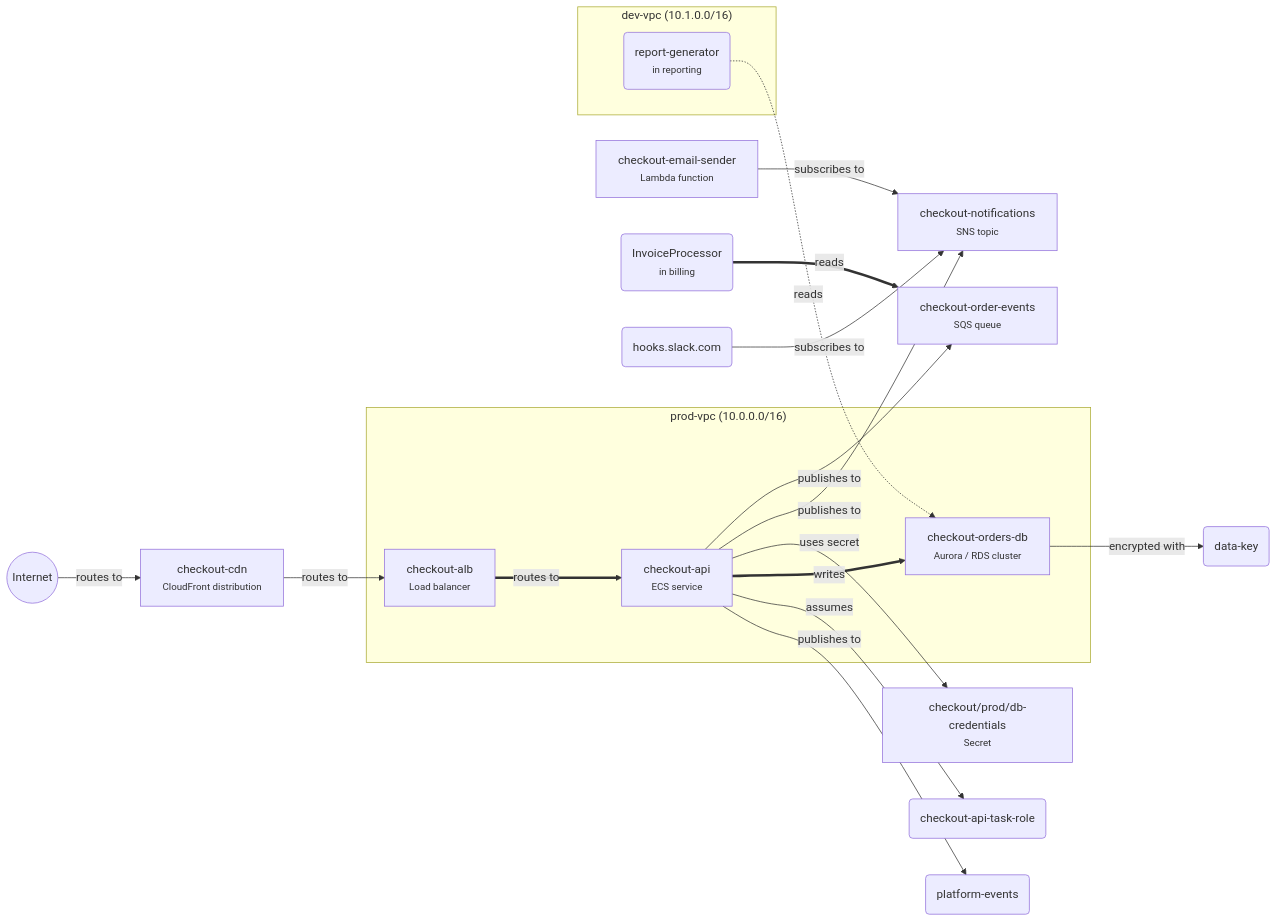
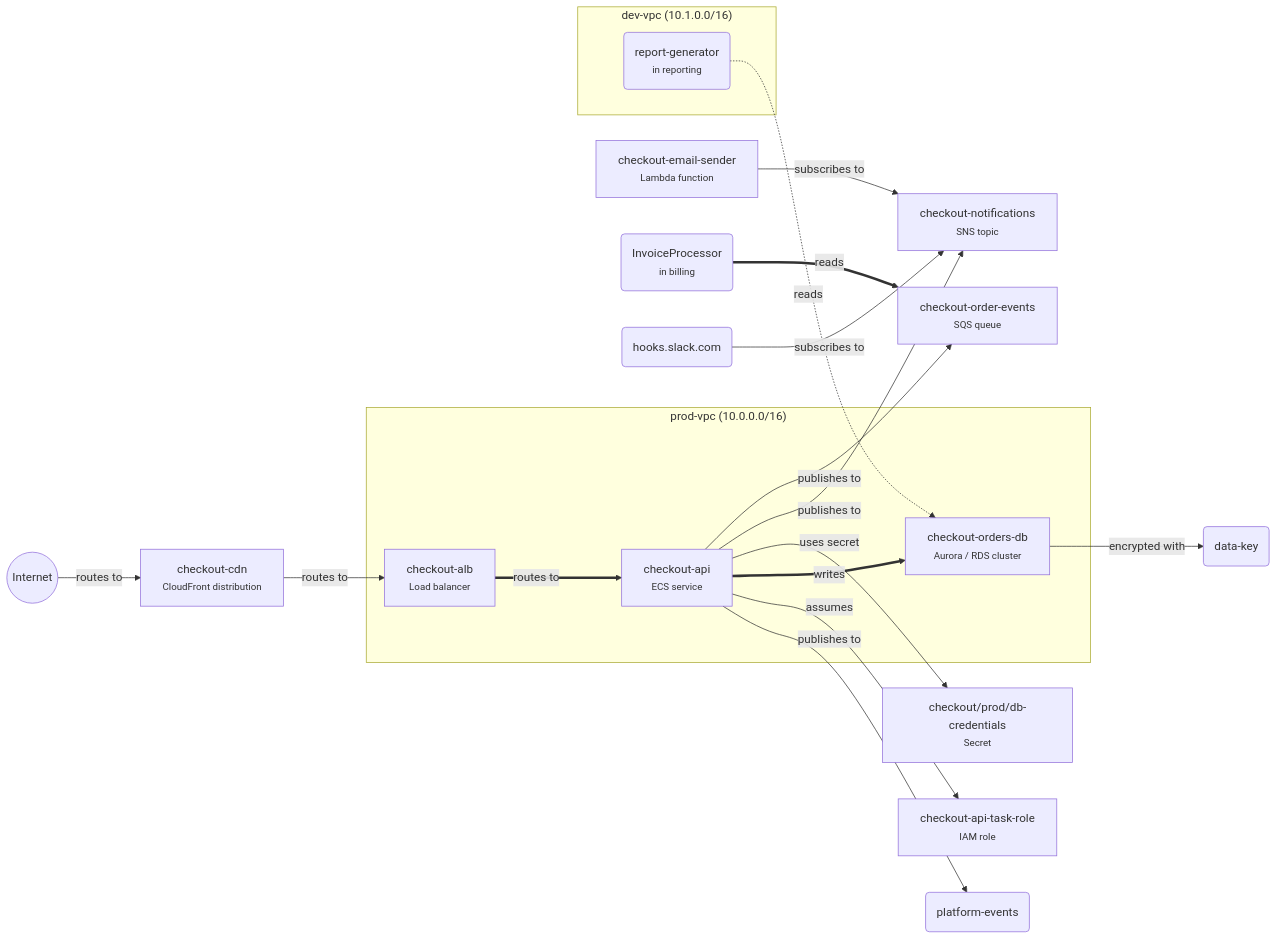
Before and after one commit to gonzaloan/sprawlr: the first of 2 diagrams in examples/demo-architecture/apps/checkout.md, drawn with Mermaid. The commit also changed other lines of this file and 123 other files, not shown here.

````diff
--- a/examples/demo-architecture/apps/checkout.md
+++ b/examples/demo-architecture/apps/checkout.md
@@ -16,36 +16,36 @@
 ```mermaid
 flowchart LR
   n1["checkout-cdn<br/><small>CloudFront distribution</small>"]
   n3["checkout-email-sender<br/><small>Lambda function</small>"]
   n4["checkout-notifications<br/><small>SNS topic</small>"]
   n5["checkout-order-events<br/><small>SQS queue</small>"]
-  n7["checkout/prod/db-credentials<br/><small>Secret</small>"]
-  n8("platform-events")
-  n9("checkout-api-task-role")
+  n7["checkout-api-task-role<br/><small>IAM role</small>"]
+  n8["checkout/prod/db-credentials<br/><small>Secret</small>"]
+  n9("platform-events")
   n10("InvoiceProcessor<br/><small>in billing</small>")
   n12("data-key")
   n13("hooks.slack.com")
   n14(("Internet"))
   subgraph vpc1["prod-vpc (10.0.0.0/16)"]
     n0["checkout-alb<br/><small>Load balancer</small>"]
     n2["checkout-api<br/><small>ECS service</small>"]
     n6["checkout-orders-db<br/><small>Aurora / RDS cluster</small>"]
   end
   subgraph vpc2["dev-vpc (10.1.0.0/16)"]
     n11("report-generator<br/><small>in reporting</small>")
   end
   n1 -->|routes to| n0
-  n2 -->|publishes to| n8
-  n2 -->|assumes| n9
+  n2 -->|publishes to| n9
+  n2 -->|assumes| n7
   n2 ==>|writes| n6
-  n2 -->|uses secret| n7
+  n2 -->|uses secret| n8
   n2 -->|publishes to| n4
   n2 -->|publishes to| n5
   n0 ==>|routes to| n2
   n10 ==>|reads| n5
   n3 -->|subscribes to| n4
   n11 -.->|reads| n6
   n6 -->|encrypted with| n12
   n13 -->|subscribes to| n4
   n14 -->|routes to| n1
 ```
````
